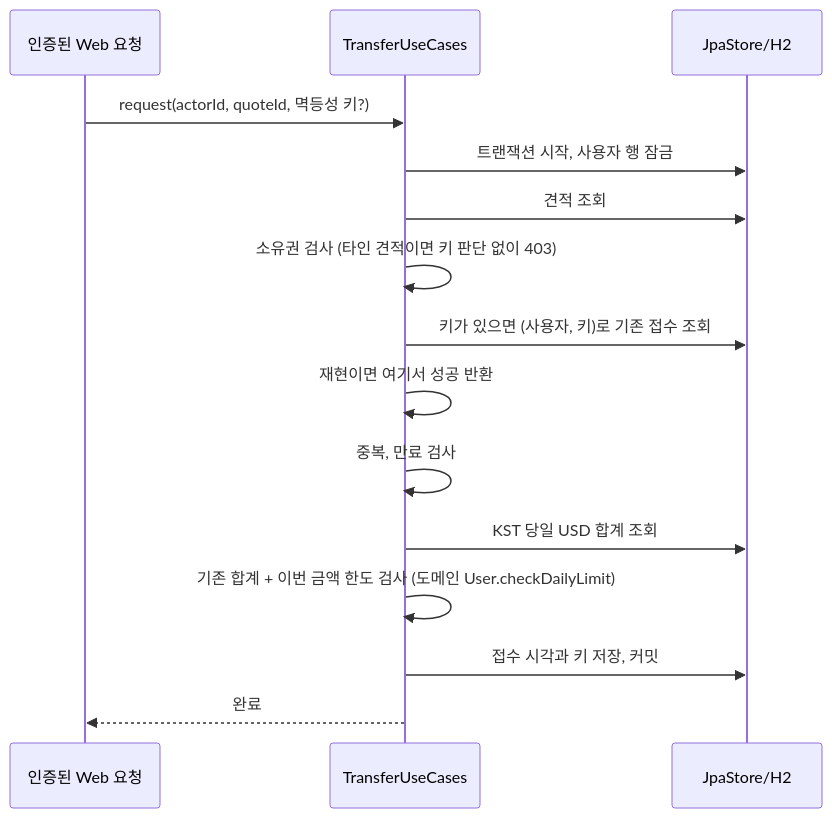
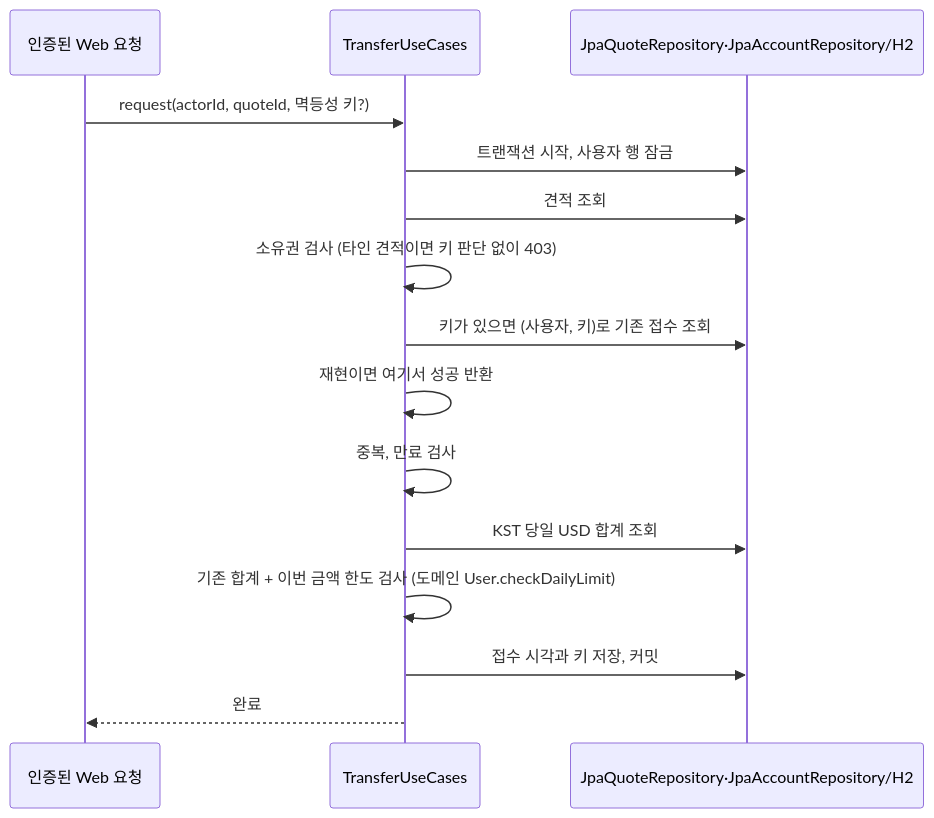
Before and after one commit to ssipflow/GlobalRemittance: the second of 5 diagrams in docs/application/architecture.md, drawn with Mermaid. The commit also changed other lines of this file and 9 other files, not shown here.

Commit message:
refactor: split JpaStore into account and quote repositories with shared persistence helpers

````diff
--- a/docs/application/architecture.md
+++ b/docs/application/architecture.md
@@ -50,17 +50,17 @@
 ```mermaid
 sequenceDiagram
     participant W as 인증된 Web 요청
     participant A as TransferUseCases
-    participant P as JpaStore/H2
+    participant P as JpaQuoteRepository·JpaAccountRepository/H2
     W->>A: request(actorId, quoteId, 멱등성 키?)
     A->>P: 트랜잭션 시작, 사용자 행 잠금
     A->>P: 견적 조회
     A->>A: 소유권 검사 (타인 견적이면 키 판단 없이 403)
     A->>P: 키가 있으면 (사용자, 키)로 기존 접수 조회
     A->>A: 재현이면 여기서 성공 반환
     A->>A: 중복, 만료 검사
     A->>P: KST 당일 USD 합계 조회
     A->>A: 기존 합계 + 이번 금액 한도 검사 (도메인 User.checkDailyLimit)
     A->>P: 접수 시각과 키 저장, 커밋
     A-->>W: 완료
 ```
````
